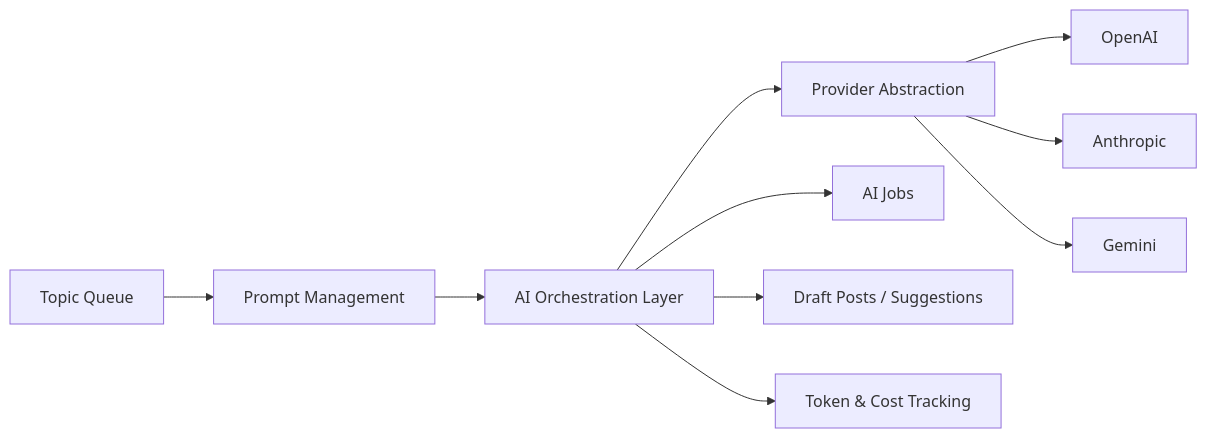
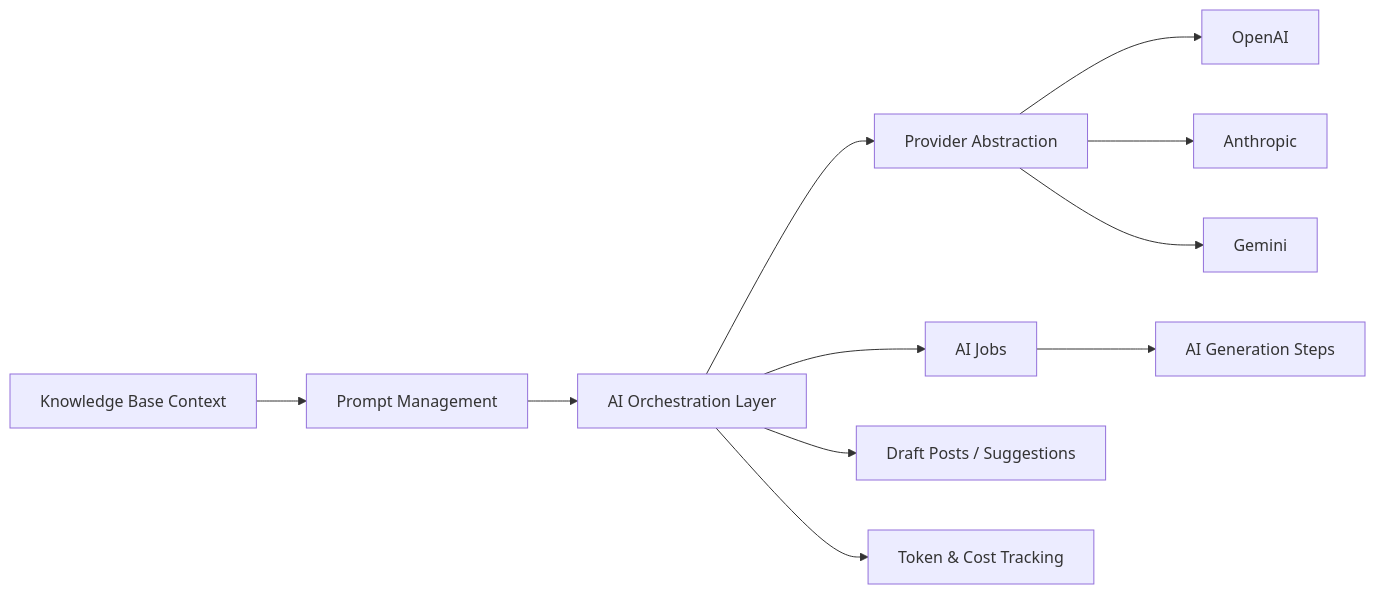
The diagram in docs/AI_CONTENT_ENGINE.md (shamamit11/wwb-service), drawn with Mermaid before and after one commit. The commit also changed other lines of this file and 13 other files, not shown here.

````diff
--- a/docs/AI_CONTENT_ENGINE.md
+++ b/docs/AI_CONTENT_ENGINE.md
@@ -33,12 +33,13 @@
 ```mermaid
 flowchart LR
-    A["Topic Queue"] --> B["Prompt Management"]
+    A["Knowledge Base Context"] --> B["Prompt Management"]
     B --> C["AI Orchestration Layer"]
     C --> D["Provider Abstraction"]
     D --> E["OpenAI"]
     D --> F["Anthropic"]
     D --> G["Gemini"]
     C --> H["AI Jobs"]
-    C --> I["Draft Posts / Suggestions"]
-    C --> J["Token & Cost Tracking"]
+    H --> I["AI Generation Steps"]
+    C --> J["Draft Posts / Suggestions"]
+    C --> K["Token & Cost Tracking"]
 ```
````
